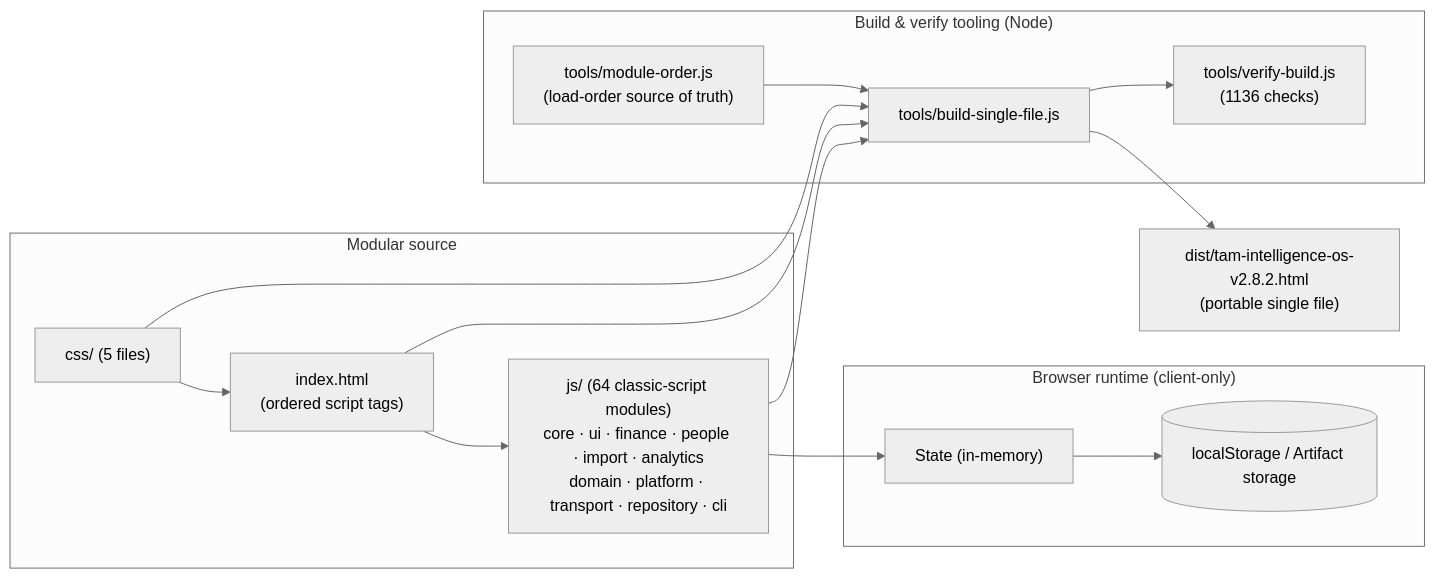
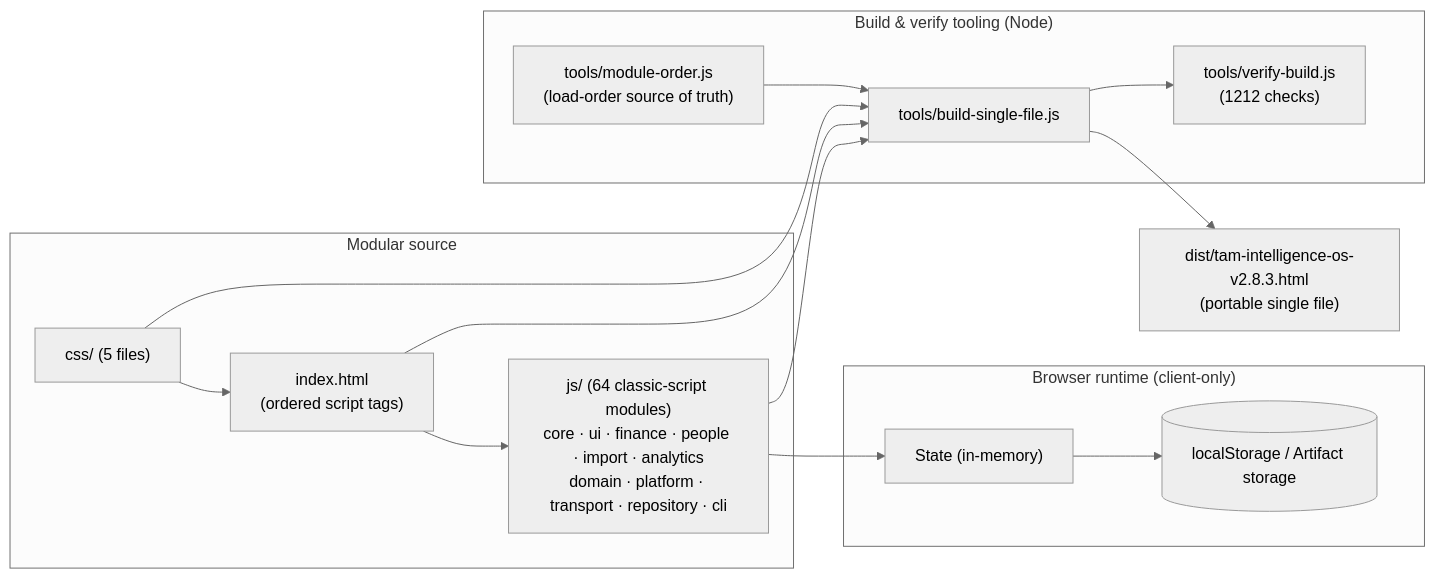
The first of 2 diagrams in README.md (fanoryu/TAM-Intelligence-OS), drawn with Mermaid (neutral theme) before and after one commit. The commit also changed other lines of this file and 2 other files, not shown here.

````diff
--- a/README.md
+++ b/README.md
@@ -160,27 +170,27 @@
 ```mermaid
 flowchart LR
   subgraph Source["Modular source"]
     IDX["index.html<br/>(ordered script tags)"]
     CSS["css/ (5 files)"]
     JS["js/ (64 classic-script modules)<br/>core · ui · finance · people · import · analytics<br/>domain · platform · transport · repository · cli"]
   end
   subgraph Runtime["Browser runtime (client-only)"]
     STATE["State (in-memory)"]
     LS[("localStorage / Artifact storage")]
   end
   subgraph Build["Build & verify tooling (Node)"]
     ORDER["tools/module-order.js<br/>(load-order source of truth)"]
     BUILD["tools/build-single-file.js"]
-    VERIFY["tools/verify-build.js<br/>(1136 checks)"]
+    VERIFY["tools/verify-build.js<br/>(1212 checks)"]
   end
-  DIST["dist/tam-intelligence-os-v2.8.2.html<br/>(portable single file)"]
+  DIST["dist/tam-intelligence-os-v2.8.3.html<br/>(portable single file)"]
 
   IDX --> JS --> STATE --> LS
   CSS --> IDX
   ORDER --> BUILD
   IDX --> BUILD
   CSS --> BUILD
   JS --> BUILD
   BUILD --> DIST
   BUILD --> VERIFY
 ```
````
